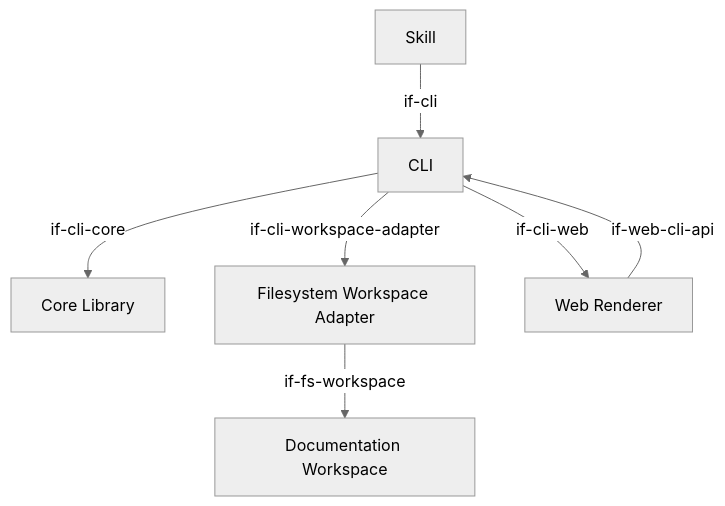
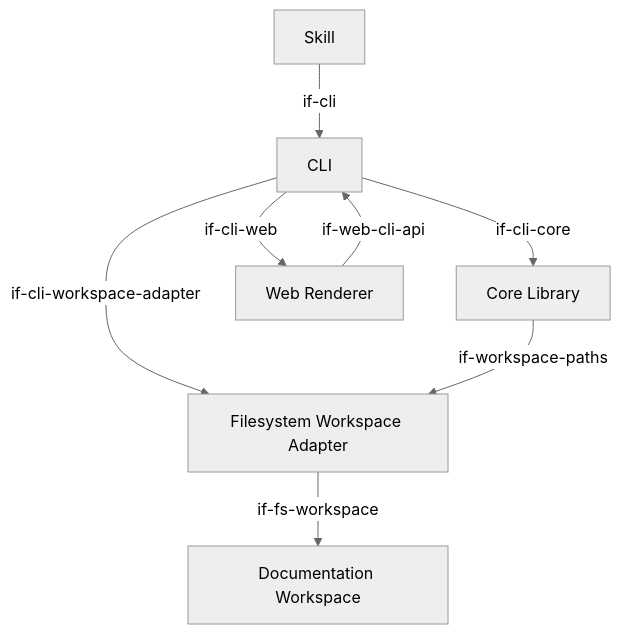
Before and after one commit to docToolchain/arc42-language: the first of 3 diagrams in docs/arc42/05-building-blocks.arc42.md, drawn with Mermaid (neutral theme). The commit also changed other lines of this file and 1 other file, not shown here.

Commit message:
refactor: rename interfaces to provider-scoped names, add if-workspace-paths

````diff
--- a/docs/arc42/05-building-blocks.arc42.md
+++ b/docs/arc42/05-building-blocks.arc42.md
@@ -16,16 +16,17 @@
 ```mermaid
 graph TD
     bb-cli["CLI"]
     bb-core["Core Library"]
     bb-workspace-fs["Filesystem Workspace Adapter"]
     bb-skill["Skill"]
     bb-web-renderer["Web Renderer"]
     bb-workspace["Documentation Workspace"]
 
     bb-cli -->|"if-cli-core"| bb-core
     bb-cli -->|"if-cli-workspace-adapter"| bb-workspace-fs
     bb-workspace-fs -->|"if-fs-workspace"| bb-workspace
+    bb-core -->|"if-workspace-paths"| bb-workspace-fs
     bb-cli -->|"if-cli-web"| bb-web-renderer
     bb-web-renderer -->|"if-web-cli-api"| bb-cli
     bb-skill -->|"if-cli"| bb-cli
 ```
````
